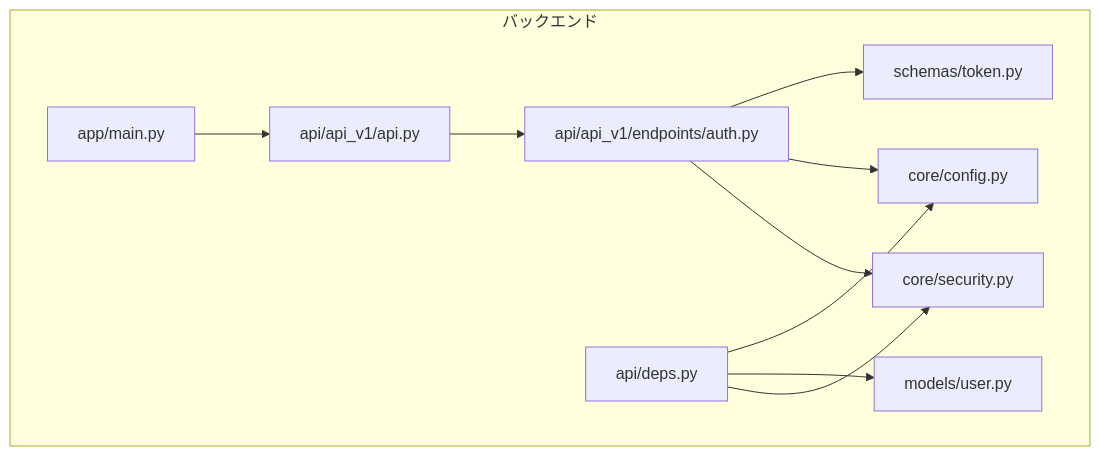
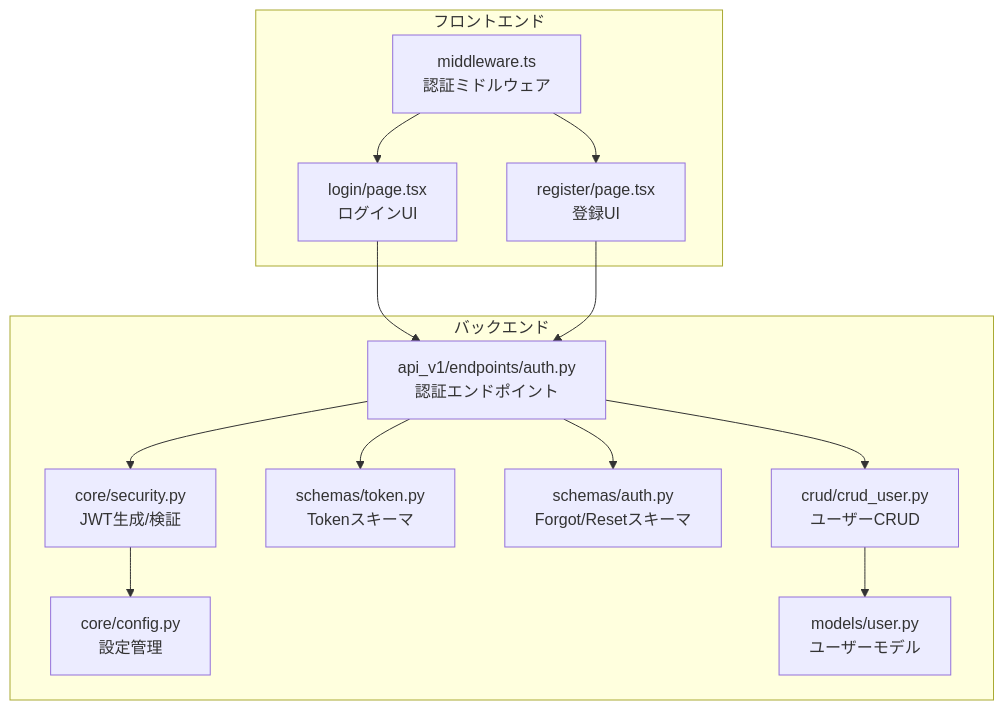
One commit to ss8806/Todos changed the first of 7 diagrams in .qoder/repowiki/ja/content/認証システム/JWTトークン管理.md. Above: the diagram before and after it, drawn with Mermaid. The commit also changed other lines of this file and 106 other files, not shown here.

````diff
--- a/.qoder/repowiki/ja/content/認証システム/JWTトークン管理.md
+++ b/.qoder/repowiki/ja/content/認証システム/JWTトークン管理.md
@@ -34,21 +42,27 @@
 ```mermaid
 graph TB
+subgraph "フロントエンド"
+FE_MW["middleware.ts<br/>認証ミドルウェア"]
+FE_LOGIN["login/page.tsx<br/>ログインUI"]
+FE_REG["register/page.tsx<br/>登録UI"]
+end
 subgraph "バックエンド"
-MAIN["app/main.py"]
-API_ROUTER["api/api_v1/api.py"]
-AUTH_EP["api/api_v1/endpoints/auth.py"]
-DEPS["api/deps.py"]
-SECURITY["core/security.py"]
-CONFIG["core/config.py"]
-TOKEN_SCHEMA["schemas/token.py"]
-USER_MODEL["models/user.py"]
+BE_AUTH["api_v1/endpoints/auth.py<br/>認証エンドポイント"]
+BE_SEC["core/security.py<br/>JWT生成/検証"]
+BE_CFG["core/config.py<br/>設定管理"]
+BE_SCHEMA_T["schemas/token.py<br/>Tokenスキーマ"]
+BE_SCHEMA_A["schemas/auth.py<br/>Forgot/Resetスキーマ"]
+BE_CRUD["crud/crud_user.py<br/>ユーザーCRUD"]
+BE_MODEL["models/user.py<br/>ユーザーモデル"]
 end
-MAIN --> API_ROUTER
-API_ROUTER --> AUTH_EP
-AUTH_EP --> SECURITY
-AUTH_EP --> CONFIG
-AUTH_EP --> TOKEN_SCHEMA
-DEPS --> SECURITY
-DEPS --> USER_MODEL
-DEPS --> CONFIG
+FE_MW --> FE_LOGIN
+FE_MW --> FE_REG
+FE_LOGIN --> BE_AUTH
+FE_REG --> BE_AUTH
+BE_AUTH --> BE_SEC
+BE_AUTH --> BE_CRUD
+BE_CRUD --> BE_MODEL
+BE_SEC --> BE_CFG
+BE_AUTH --> BE_SCHEMA_T
+BE_AUTH --> BE_SCHEMA_A
 ```
````
